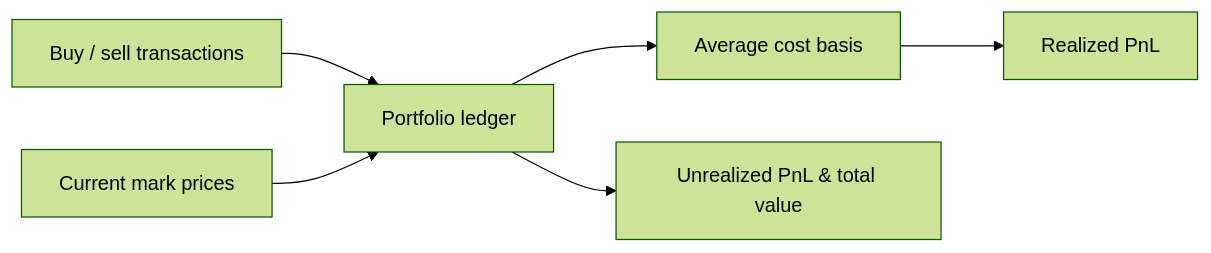
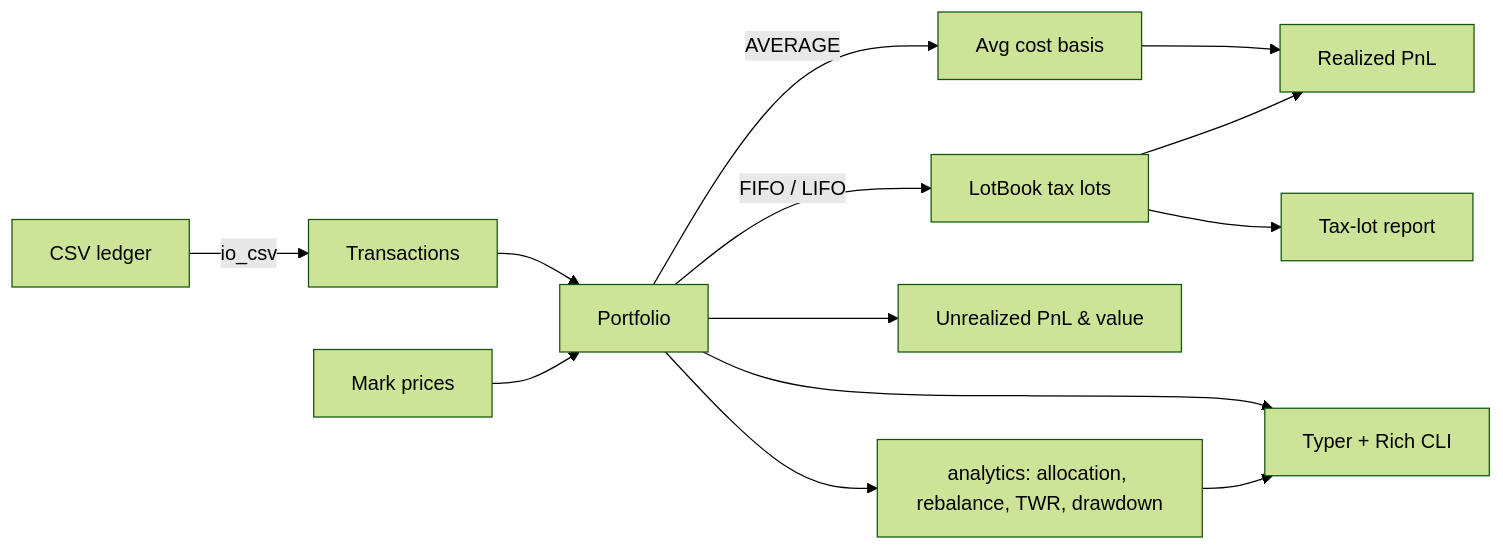
Before and after one commit to Viprasol-Tech/crypto-portfolio-tracker: the diagram in README.md, drawn with Mermaid (forest theme). The commit also changed other lines of this file and 14 other files, not shown here.

````diff
--- a/README.md
+++ b/README.md
@@ -72,8 +96,15 @@
 ```mermaid
 flowchart LR
-    TXN[Buy / sell transactions] --> PF[Portfolio ledger]
-    PF --> CB[Average cost basis]
-    CB --> REAL[Realized PnL]
-    PRICES[Current mark prices] --> PF
-    PF --> UNREAL[Unrealized PnL & total value]
+    CSV[CSV ledger] -->|io_csv| TXN[Transactions]
+    TXN --> PF[Portfolio]
+    PF -->|AVERAGE| AVG[Avg cost basis]
+    PF -->|FIFO / LIFO| LB[LotBook tax lots]
+    AVG --> REAL[Realized PnL]
+    LB --> REAL
+    LB --> REPORT[Tax-lot report]
+    PRICES[Mark prices] --> PF
+    PF --> UNREAL[Unrealized PnL & value]
+    PF --> AN[analytics: allocation, rebalance, TWR, drawdown]
+    PF --> CLI[Typer + Rich CLI]
+    AN --> CLI
 ```
````
